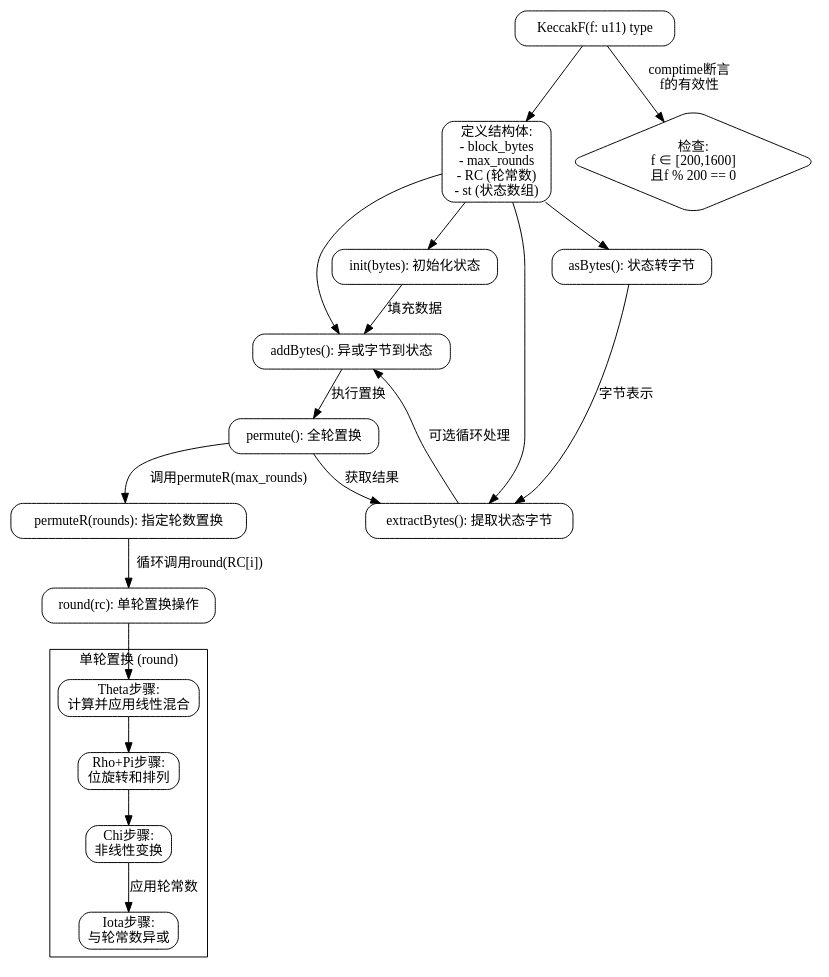
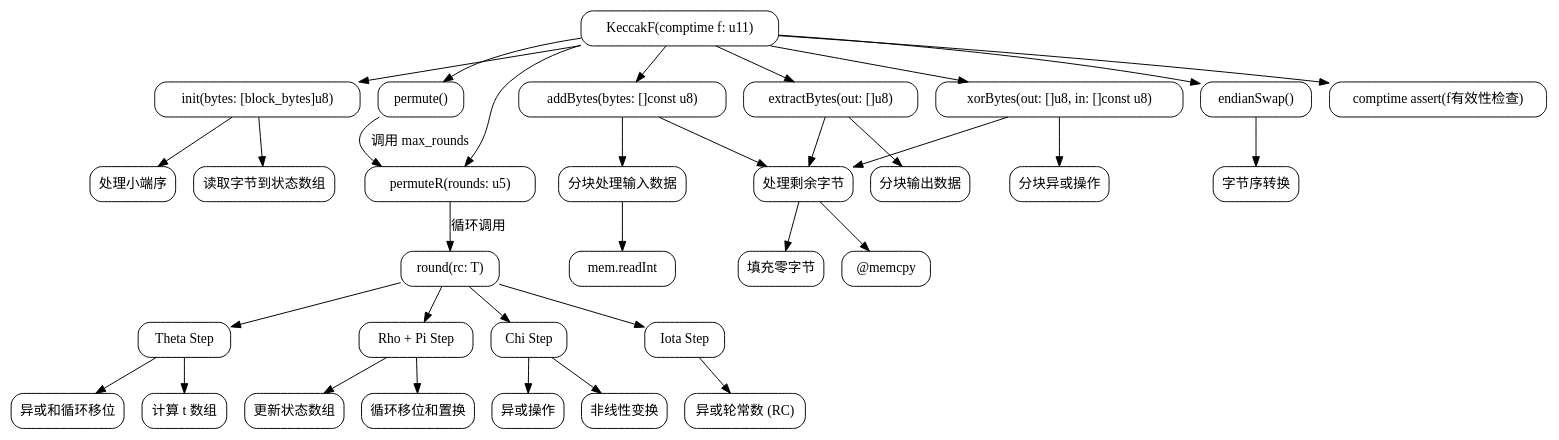
The diagram in dot_std/crypto/keccak_p.zig.KeccakF.md (sdzx-1/deepseek-zig-reader), drawn with Graphviz before and after one commit. The commit also changed other lines of this file and 236 other files, not shown here.

````diff
--- a/dot_std/crypto/keccak_p.zig.KeccakF.md
+++ b/dot_std/crypto/keccak_p.zig.KeccakF.md
@@ -17,59 +21,72 @@
 ```dot
-digraph KeccakF {
+digraph KeccakF_Flowchart {
     rankdir=TB;
     node [shape=rectangle, style="rounded"];
 
-    // 主要函数和结构体
-    KeccakF_Function [label="KeccakF(f: u11) type"];
-    Struct_Definition [label="定义结构体:\n- block_bytes\n- max_rounds\n- RC (轮常数)\n- st (状态数组)"];
-    Init_Method [label="init(bytes): 初始化状态"];
-    Permute_Method [label="permute(): 全轮置换"];
-    PermuteR_Method [label="permuteR(rounds): 指定轮数置换"];
-    Round_Method [label="round(rc): 单轮置换操作"];
+    // 顶层函数和结构
+    KeccakF [label="KeccakF(comptime f: u11)"];
+    Init [label="init(bytes: [block_bytes]u8)"];
+    Permute [label="permute()"];
+    PermuteR [label="permuteR(rounds: u5)"];
+    Round [label="round(rc: T)"];
+    Theta [label="Theta Step"];
+    RhoPi [label="Rho + Pi Step"];
+    Chi [label="Chi Step"];
+    Iota [label="Iota Step"];
+    AddBytes [label="addBytes(bytes: []const u8)"];
+    ExtractBytes [label="extractBytes(out: []u8)"];
+    XORBytes [label="xorBytes(out: []u8, in: []const u8)"];
+    EndianSwap [label="endianSwap()"];
 
-    // 子过程
-    Theta_Step [label="Theta步骤:\n计算并应用线性混合"];
-    RhoPi_Step [label="Rho+Pi步骤:\n位旋转和排列"];
-    Chi_Step [label="Chi步骤:\n非线性变换"];
-    Iota_Step [label="Iota步骤:\n与轮常数异或"];
+    // 结构关系
+    KeccakF -> Init;
+    KeccakF -> Permute;
+    KeccakF -> PermuteR;
+    KeccakF -> AddBytes;
+    KeccakF -> ExtractBytes;
+    KeccakF -> XORBytes;
+    KeccakF -> EndianSwap;
+
+    // Permute流程
+    Permute -> PermuteR [label="调用 max_rounds"];
+    PermuteR -> Round [label="循环调用"];
+    Round -> Theta;
+    Round -> RhoPi;
+    Round -> Chi;
+    Round -> Iota;
+
+    // Theta步骤细节
+    Theta -> "计算 t 数组";
+    Theta -> "异或和循环移位";
+
+    // RhoPi步骤细节
+    RhoPi -> "循环移位和置换";
+    RhoPi -> "更新状态数组";
+
+    // Chi步骤细节
+    Chi -> "非线性变换";
+    Chi -> "异或操作";
+
+    // Iota步骤细节
+    Iota -> "异或轮常数 (RC)";
 
     // 辅助方法
-    AsBytes_Method [label="asBytes(): 状态转字节"];
-    AddBytes_Method [label="addBytes(): 异或字节到状态"];
-    ExtractBytes_Method [label="extractBytes(): 提取状态字节"];
+    AddBytes -> "分块处理输入数据";
+    AddBytes -> "处理剩余字节";
+    ExtractBytes -> "分块输出数据";
+    ExtractBytes -> "处理剩余字节";
+    XORBytes -> "分块异或操作";
+    XORBytes -> "处理剩余字节";
+    EndianSwap -> "字节序转换";
 
-    // 流程关系
-    KeccakF_Function -> Struct_Definition;
-    Struct_Definition -> Init_Method;
-    Init_Method -> AddBytes_Method [label="填充数据"];
-    AddBytes_Method -> Permute_Method [label="执行置换"];
-    Permute_Method -> PermuteR_Method [label="调用permuteR(max_rounds)"];
-    PermuteR_Method -> Round_Method [label="循环调用round(RC[i])"];
-    
-    // 轮函数分解
-    Round_Method -> Theta_Step;
-    Theta_Step -> RhoPi_Step;
-    RhoPi_Step -> Chi_Step;
-    Chi_Step -> Iota_Step [label="应用轮常数"];
+    // 初始化和断言
+    KeccakF -> "comptime assert(f有效性检查)";
+    Init -> "读取字节到状态数组";
+    Init -> "处理小端序";
 
-    // 结果处理
-    Permute_Method -> ExtractBytes_Method [label="获取结果"];
-    AsBytes_Method -> ExtractBytes_Method [label="字节表示"];
-    ExtractBytes_Method -> AddBytes_Method [label="可选循环处理"];
-
-    // 编译时约束
-    KeccakF_Function -> CompileTimeCheck [label="comptime断言\nf的有效性"];
-    CompileTimeCheck [label="检查:\nf ∈ [200,1600]\n且f % 200 == 0", shape=diamond];
-
-    // 状态操作
-    Struct_Definition -> AsBytes_Method;
-    Struct_Definition -> AddBytes_Method;
-    Struct_Definition -> ExtractBytes_Method;
-
-    // 分组连接
-    subgraph cluster_round {
-        label="单轮置换 (round)";
-        Theta_Step; RhoPi_Step; Chi_Step; Iota_Step;
-    }
+    // 数据依赖
+    "处理剩余字节" -> "填充零字节";
+    "分块处理输入数据" -> "mem.readInt";
+    "处理剩余字节" -> "@memcpy";
 }
 ``` 
````
